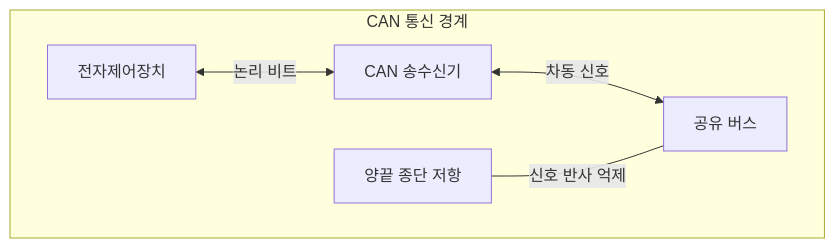
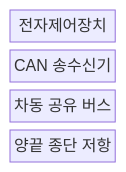
The first of 2 diagrams in src/content/docs/notes/04-network/081_can_bus.md (agnusdei1207/knowledge-base), drawn with Mermaid before and after one commit. The commit also changed other lines of this file and 11 other files, not shown here.

````diff
--- a/src/content/docs/notes/04-network/081_can_bus.md
+++ b/src/content/docs/notes/04-network/081_can_bus.md
@@ -57,8 +57,8 @@
 ```mermaid
-flowchart TB
-    subgraph C[CAN 통신 경계]
-        A["전자제어장치"] <-->|논리 비트| B["CAN 송수신기"]
-        B <-->|차동 신호| BUS["공유 버스"]
-        D["양끝 종단 저항"] ---|신호 반사 억제| BUS
-    end
+block-beta
+    columns 1
+    ECU["전자제어장치"]
+    TRANSCEIVER["CAN 송수신기"]
+    BUS["차동 공유 버스"]
+    TERM["양끝 종단 저항"]
 ```
````
